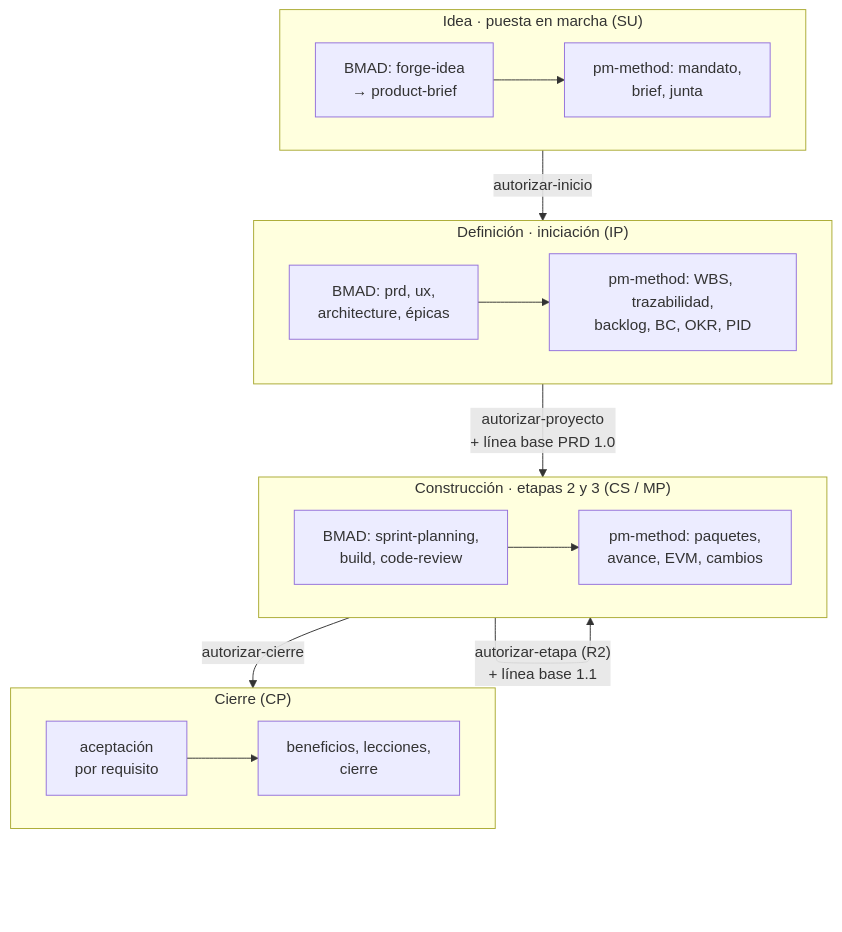
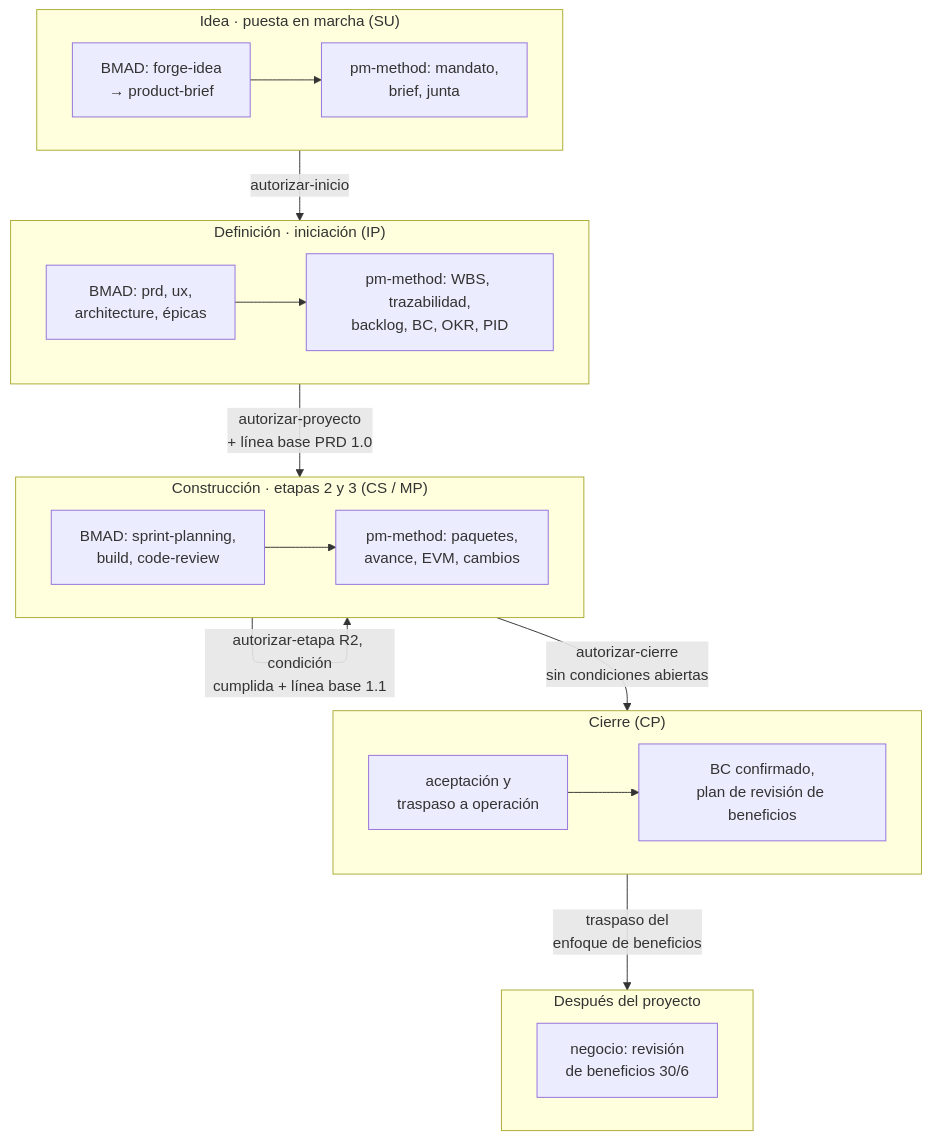
The first of 4 diagrams in docs/guias/E2E-4-producto-bmad.md (Arturo-Penas-Rial/pm-method), drawn with Mermaid before and after one commit. The commit also changed other lines of this file and 144 other files, not shown here.

````diff
--- a/docs/guias/E2E-4-producto-bmad.md
+++ b/docs/guias/E2E-4-producto-bmad.md
@@ -20,23 +23,28 @@
 ```mermaid
 flowchart TB
     subgraph A["Idea · puesta en marcha (SU)"]
         direction LR
         a1["BMAD: forge-idea<br/>→ product-brief"] --> a2["pm-method: mandato,<br/>brief, junta"]
     end
     subgraph B["Definición · iniciación (IP)"]
         direction LR
         b1["BMAD: prd, ux,<br/>architecture, épicas"] --> b2["pm-method: WBS, trazabilidad,<br/>backlog, BC, OKR, PID"]
     end
     subgraph C["Construcción · etapas 2 y 3 (CS / MP)"]
         direction LR
         c1["BMAD: sprint-planning,<br/>build, code-review"] --> c2["pm-method: paquetes,<br/>avance, EVM, cambios"]
     end
     subgraph D["Cierre (CP)"]
         direction LR
-        d1["aceptación<br/>por requisito"] --> d2["beneficios, lecciones,<br/>cierre"]
+        d1["aceptación y<br/>traspaso a operación"] --> d2["BC confirmado,<br/>plan de revisión de beneficios"]
+    end
+    subgraph E["Después del proyecto"]
+        direction LR
+        e1["negocio: revisión<br/>de beneficios 30/6"]
     end
     A -->|"autorizar-inicio"| B
     B -->|"autorizar-proyecto<br/>+ línea base PRD 1.0"| C
-    C -->|"autorizar-etapa (R2)<br/>+ línea base 1.1"| C
-    C -->|"autorizar-cierre"| D
+    C -->|"autorizar-etapa R2, condición<br/>cumplida + línea base 1.1"| C
+    C -->|"autorizar-cierre<br/>sin condiciones abiertas"| D
+    D -->|"traspaso del<br/>enfoque de beneficios"| E
 ```
````
